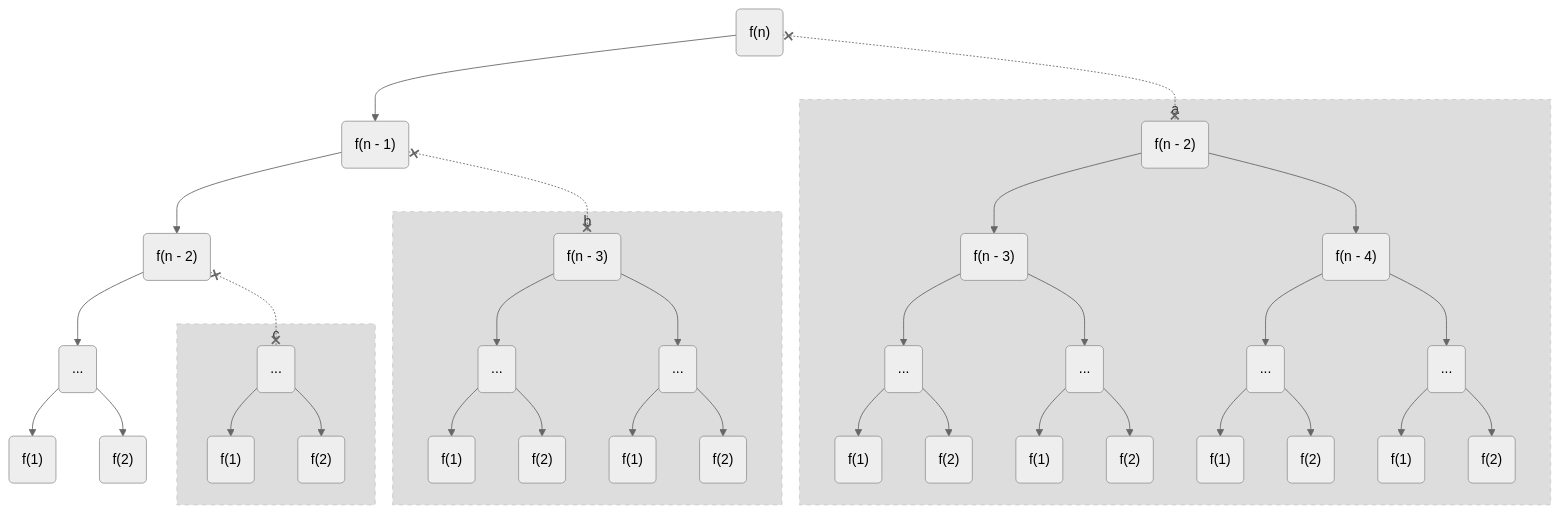
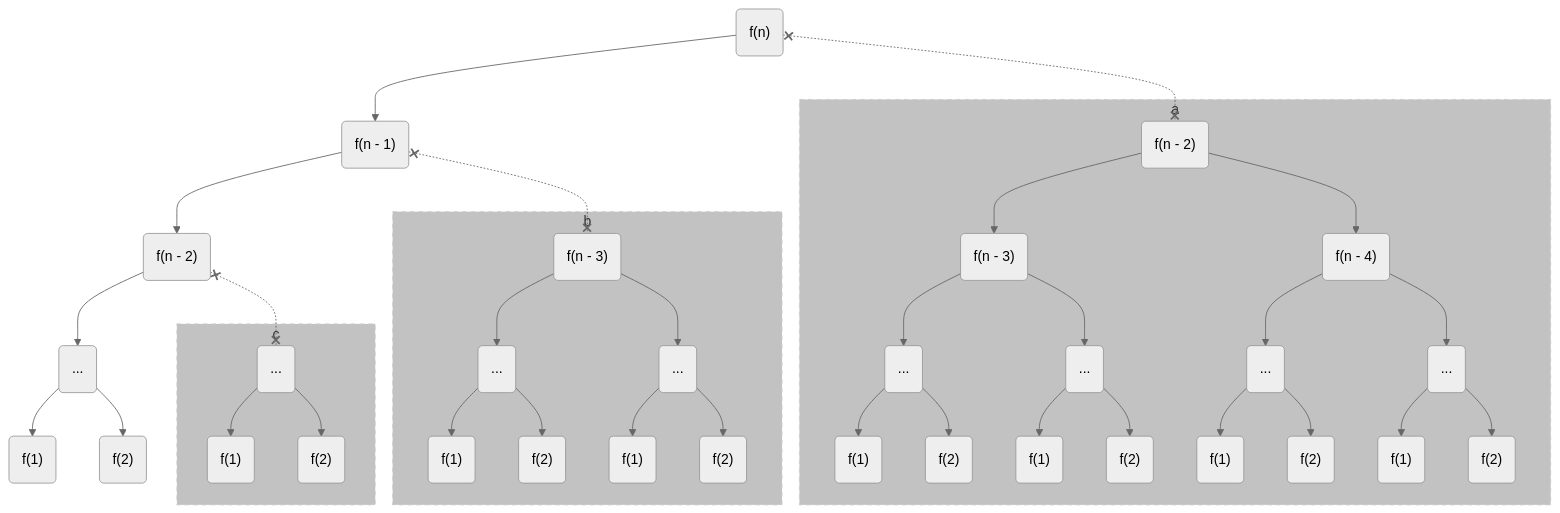
Before and after one commit to Maorey/Blog: the second of 6 diagrams in docs/blog/algorithm/dynamicProgramming.md, drawn with Mermaid (neutral theme).

Commit message:
fix: 样式

````diff
--- a/docs/blog/algorithm/dynamicProgramming.md
+++ b/docs/blog/algorithm/dynamicProgramming.md
@@ -154,42 +154,42 @@
 ```mermaid
 flowchart TB
   A("f(n)") --> A1("f(n - 1)")
     A1 --> A11("f(n - 2)")
       A11 --> A111(...)
         A111 --> A1111("f(1)")
         A111 --> A1112("f(2)")
       A11 x-.-x A112(...)
         subgraph c
         A112 --> A1121("f(1)")
         A112 --> A1122("f(2)")
         end
     A1 x-.-x A12("f(n - 3)")
       subgraph b
       A12 --> A121(...)
         A121 --> A1211("f(1)")
         A121 --> A1212("f(2)")
       A12 --> A122(...)
         A122 --> A1221("f(1)")
         A122 --> A1222("f(2)")
       end
   A x-.-x A2("f(n - 2)")
   subgraph a
     A2 --> A21("f(n - 3)")
       A21 --> A211(...)
         A211 --> A2111("f(1)")
         A211 --> A2112("f(2)")
       A21 --> A212(...)
         A212 --> A2121("f(1)")
         A212 --> A2122("f(2)")
     A2 --> A22("f(n - 4)")
       A22 --> A221(...)
         A221 --> A2211("f(1)")
         A221 --> A2212("f(2)")
       A22 --> A222(...)
         A222 --> A2221("f(1)")
         A222 --> A2222("f(2)")
   end
-style a fill:#ddd,stroke:#ccc,stroke-dasharray:5 5
-style b fill:#ddd,stroke:#ccc,stroke-dasharray:5 5
-style c fill:#ddd,stroke:#ccc,stroke-dasharray:5 5
+style a fill:#6666,stroke:#ccc,stroke-dasharray:5 5
+style b fill:#6666,stroke:#ccc,stroke-dasharray:5 5
+style c fill:#6666,stroke:#ccc,stroke-dasharray:5 5
 ```
````
